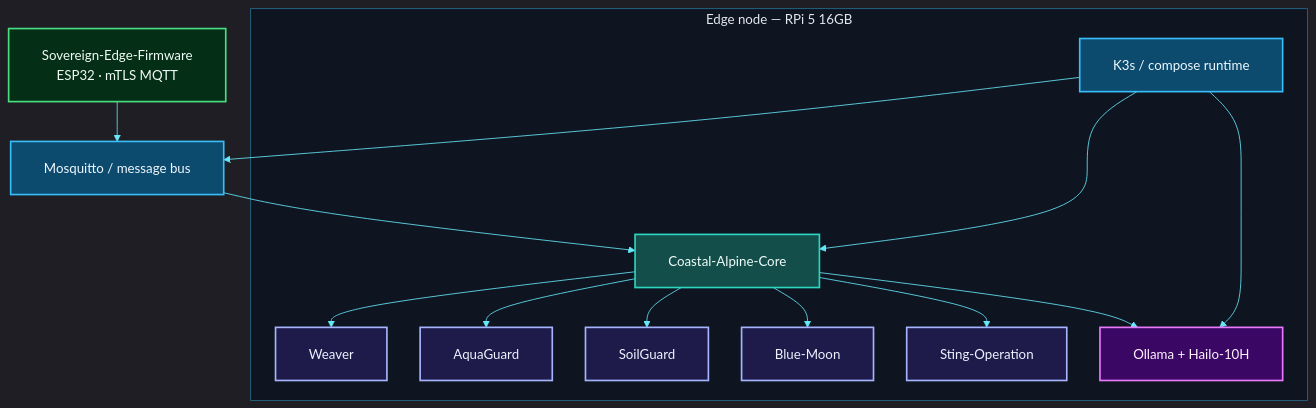
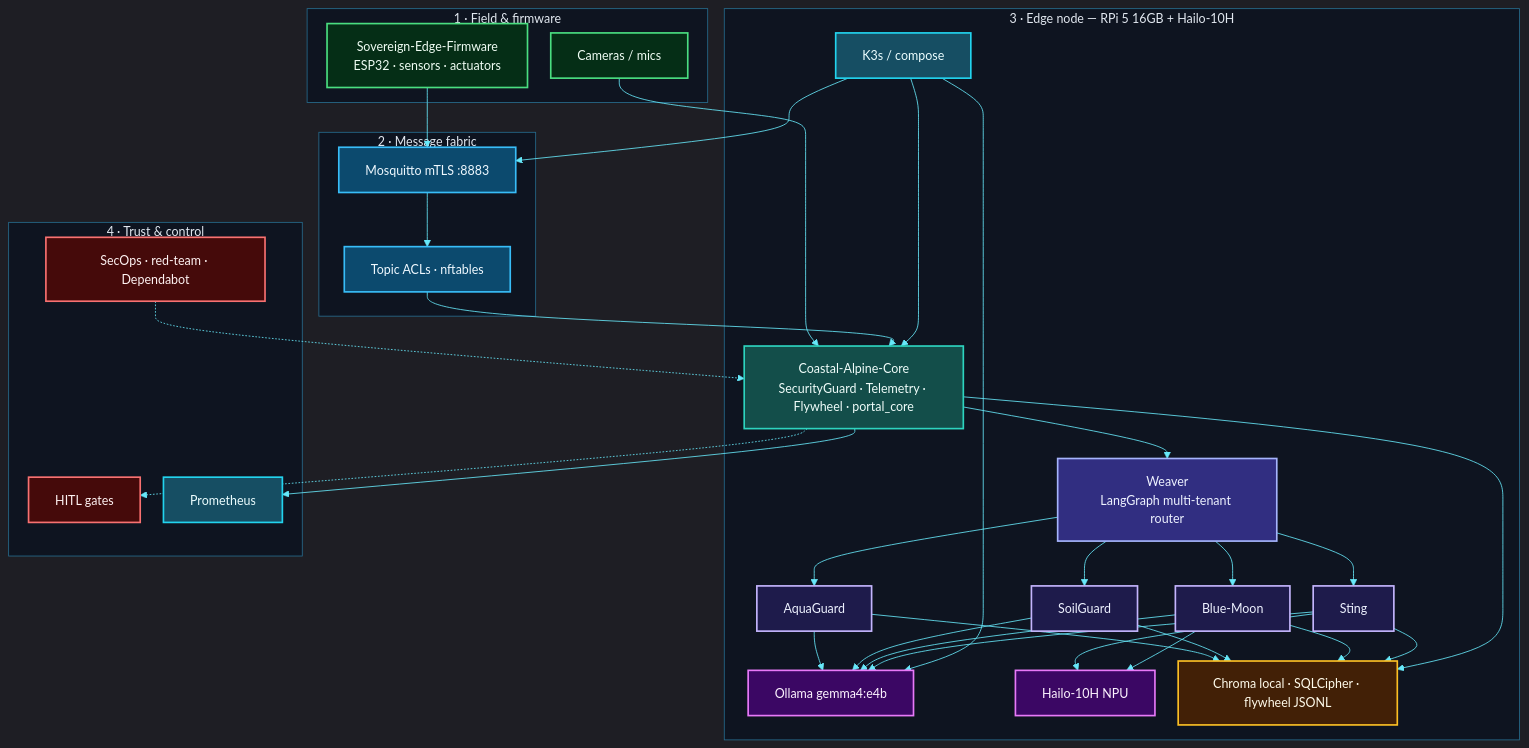
Before and after one commit to fivepanelhat/coastal-alpine-stack: the diagram in README.md, drawn with Mermaid. The commit also changed other lines of this file and 2 other files, not shown here.

Commit message:
docs: enhance coastal-alpine-stack system map
Multi-plane Mermaid (field, fabric, runtime, trust), data-plane
control loop, fixed ARCHITECTURE.md rendering, and refreshed
liquid-glass overview image with portals + SecOps + flywheel.

````diff
--- a/README.md
+++ b/README.md
@@ -35,7 +35,7 @@
 %%{init: {
   "theme": "dark",
   "themeVariables": {
-    "fontSize": "16px",
+    "fontSize": "15px",
     "fontFamily": "Inter, ui-sans-serif, system-ui, sans-serif",
     "primaryColor": "#0ea5e9",
     "primaryTextColor": "#f8fafc",
@@ -48,49 +48,75 @@
     "titleColor": "#e2e8f0"
   },
   "flowchart": {
-    "nodeSpacing": 40,
-    "rankSpacing": 48,
-    "padding": 20,
+    "nodeSpacing": 28,
+    "rankSpacing": 36,
+    "padding": 16,
     "htmlLabels": true,
     "curve": "basis"
   }
 }}%%
 flowchart TB
 
-    classDef sense fill:#052e16,stroke:#4ade80,stroke-width:2px,color:#f0fdf4
-    classDef edge fill:#0c4a6e,stroke:#38bdf8,stroke-width:2px,color:#f0f9ff
+    classDef field fill:#052e16,stroke:#4ade80,stroke-width:2px,color:#f0fdf4
+    classDef fabric fill:#0c4a6e,stroke:#38bdf8,stroke-width:2px,color:#f0f9ff
     classDef core fill:#134e4a,stroke:#2dd4bf,stroke-width:2px,color:#f0fdfa
-    classDef act fill:#422006,stroke:#fbbf24,stroke-width:2px,color:#fffbeb
-    classDef store fill:#1e1b4b,stroke:#a5b4fc,stroke-width:2px,color:#eef2ff
+    classDef orch fill:#312e81,stroke:#a5b4fc,stroke-width:2px,color:#eef2ff
+    classDef portal fill:#1e1b4b,stroke:#c4b5fd,stroke-width:2px,color:#eef2ff
     classDef ai fill:#3b0764,stroke:#e879f9,stroke-width:2px,color:#fdf4ff
-    classDef app fill:#1e1b4b,stroke:#c4b5fd,stroke-width:2px,color:#eef2ff
+    classDef fly fill:#422006,stroke:#fbbf24,stroke-width:2px,color:#fffbeb
+    classDef sec fill:#450a0a,stroke:#f87171,stroke-width:2px,color:#fef2f2
+    classDef ops fill:#164e63,stroke:#22d3ee,stroke-width:2px,color:#ecfeff
 
-    FW["Sovereign-Edge-Firmware<br/>ESP32 · mTLS MQTT"] --> BUS["Mosquitto / message bus"]
-    BUS --> CORE["Coastal-Alpine-Core"]
-    CORE --> W["Weaver"]
-    CORE --> A["AquaGuard"]
-    CORE --> S["SoilGuard"]
-    CORE --> B["Blue-Moon"]
-    CORE --> ST["Sting-Operation"]
-    CORE --> OLL["Ollama + Hailo-10H"]
-    K3["K3s / compose runtime"] --> CORE
-    K3 --> BUS
-    K3 --> OLL
-
-    subgraph NODE["Edge node — RPi 5 16GB"]
-        K3
-        CORE
-        OLL
-        W
-        A
-        S
-        B
-        ST
+    subgraph FIELD["1 · Field & firmware"]
+        ESP["Sovereign-Edge-Firmware<br/>ESP32 · sensors · actuators"]
+        CAM["Cameras / mics"]
     end
 
-    class FW sense
-    class BUS,K3 edge
+    subgraph FABRIC["2 · Message fabric"]
+        MQTT["Mosquitto mTLS :8883"]
+        ACL["Topic ACLs · nftables"]
+    end
+
+    subgraph NODE["3 · Edge node — RPi 5 16GB + Hailo-10H"]
+        K3["K3s / compose"]
+        CORE["Coastal-Alpine-Core<br/>SecurityGuard · Telemetry · Flywheel · portal_core"]
+        W["Weaver<br/>LangGraph multi-tenant router"]
+        AQ["AquaGuard"]
+        SO["SoilGuard"]
+        BM["Blue-Moon"]
+        ST["Sting"]
+        OLL["Ollama gemma4:e4b"]
+        HAI["Hailo-10H NPU"]
+        MEM["Chroma local · SQLCipher · flywheel JSONL"]
+    end
+
+    subgraph TRUST["4 · Trust & control"]
+        HITL["HITL gates"]
+        SEC["SecOps · red-team · Dependabot"]
+        PROM["Prometheus"]
+    end
+
+    ESP --> MQTT
+    CAM --> CORE
+    MQTT --> ACL --> CORE
+    CORE --> W
+    W --> AQ & SO & BM & ST
+    AQ & SO & BM & ST --> OLL
+    ST & BM --> HAI
+    AQ & SO & BM & ST --> MEM
+    CORE --> MEM
+    K3 --> CORE & MQTT & OLL
+    CORE -.-> HITL
+    CORE --> PROM
+    SEC -.-> CORE
+
+    class ESP,CAM field
+    class MQTT,ACL fabric
     class CORE core
-    class W,A,S,B,ST store
-    class OLL ai
+    class W orch
+    class AQ,SO,BM,ST portal
+    class OLL,HAI ai
+    class MEM fly
+    class HITL,SEC sec
+    class K3,PROM ops
 ```
````
